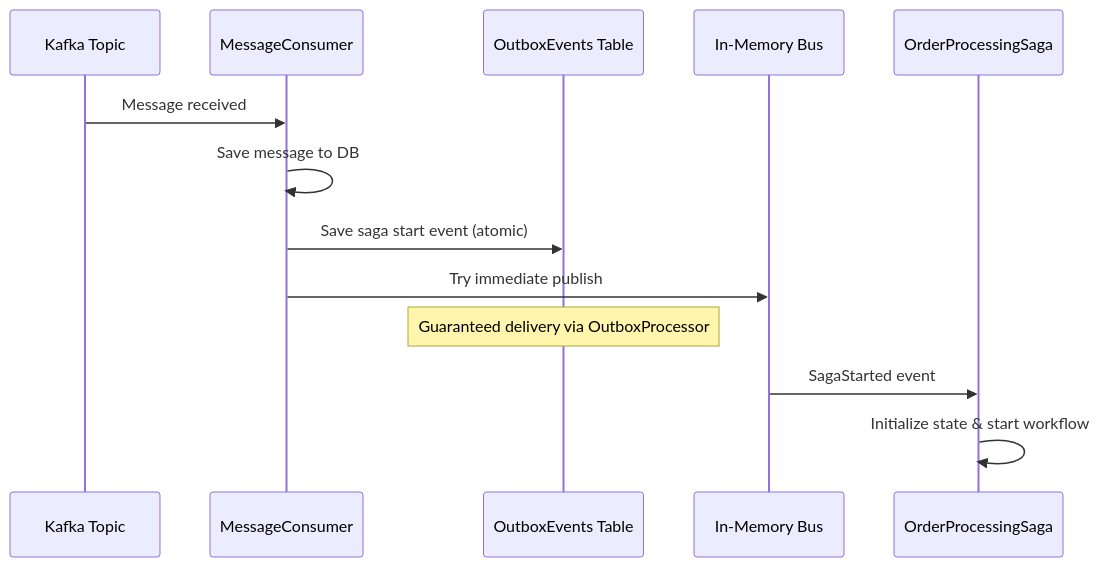
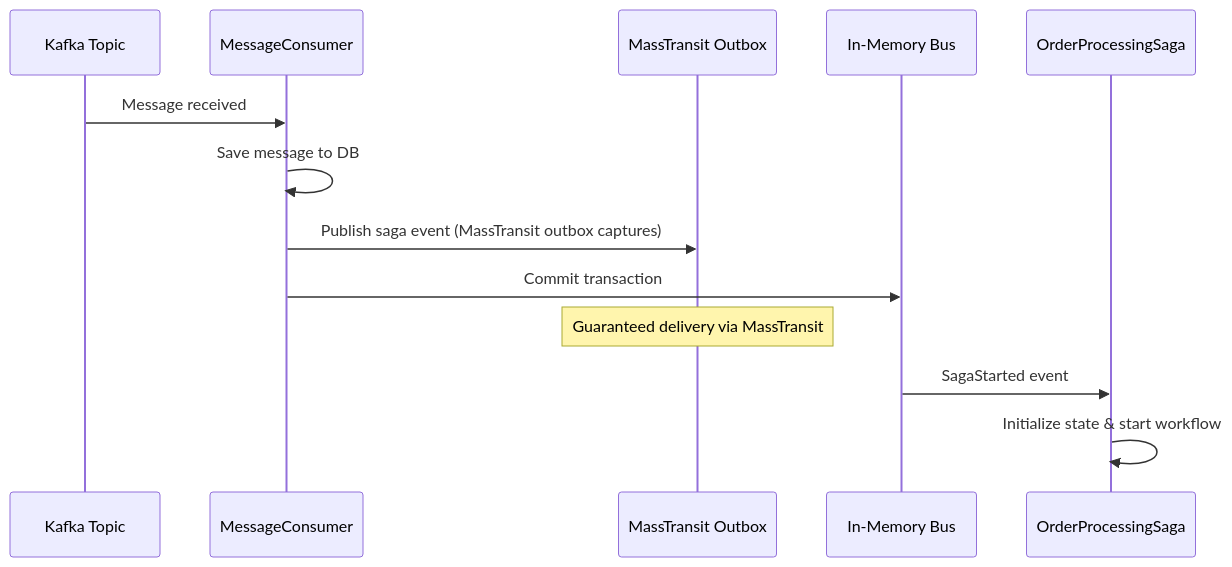
The first of 5 diagrams in SAGA_ARCHITECTURE_AND_DATA_FLOW.md (basavarajvs/MassTransitKafkaWebAPIDemo), drawn with Mermaid before and after one commit. The commit also changed other lines of this file and 21 other files, not shown here.

First line of the commit message:
refactor: Complete migration from custom outbox to MassTransit built-in outbox

````diff
--- a/SAGA_ARCHITECTURE_AND_DATA_FLOW.md
+++ b/SAGA_ARCHITECTURE_AND_DATA_FLOW.md
@@ -20,16 +20,16 @@
 ```mermaid
 sequenceDiagram
     participant Kafka as Kafka Topic
     participant Consumer as MessageConsumer
-    participant Outbox as OutboxEvents Table
+    participant Outbox as MassTransit Outbox
     participant Bus as In-Memory Bus
     participant Saga as OrderProcessingSaga
 
     Kafka->>Consumer: Message received
     Consumer->>Consumer: Save message to DB
-    Consumer->>Outbox: Save saga start event (atomic)
-    Consumer->>Bus: Try immediate publish
-    Note over Outbox: Guaranteed delivery via OutboxProcessor
+    Consumer->>Outbox: Publish saga event (MassTransit outbox captures)
+    Consumer->>Bus: Commit transaction
+    Note over Outbox: Guaranteed delivery via MassTransit
     Bus->>Saga: SagaStarted event
     Saga->>Saga: Initialize state & start workflow
 ```
````
